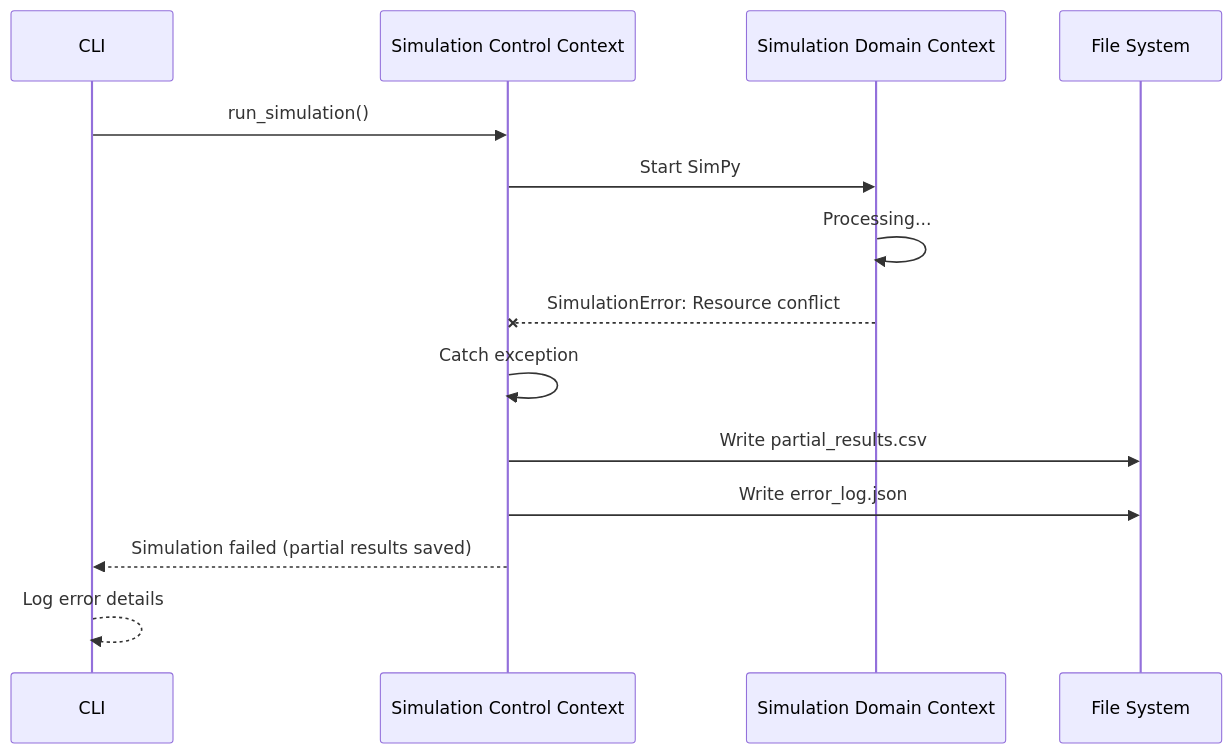
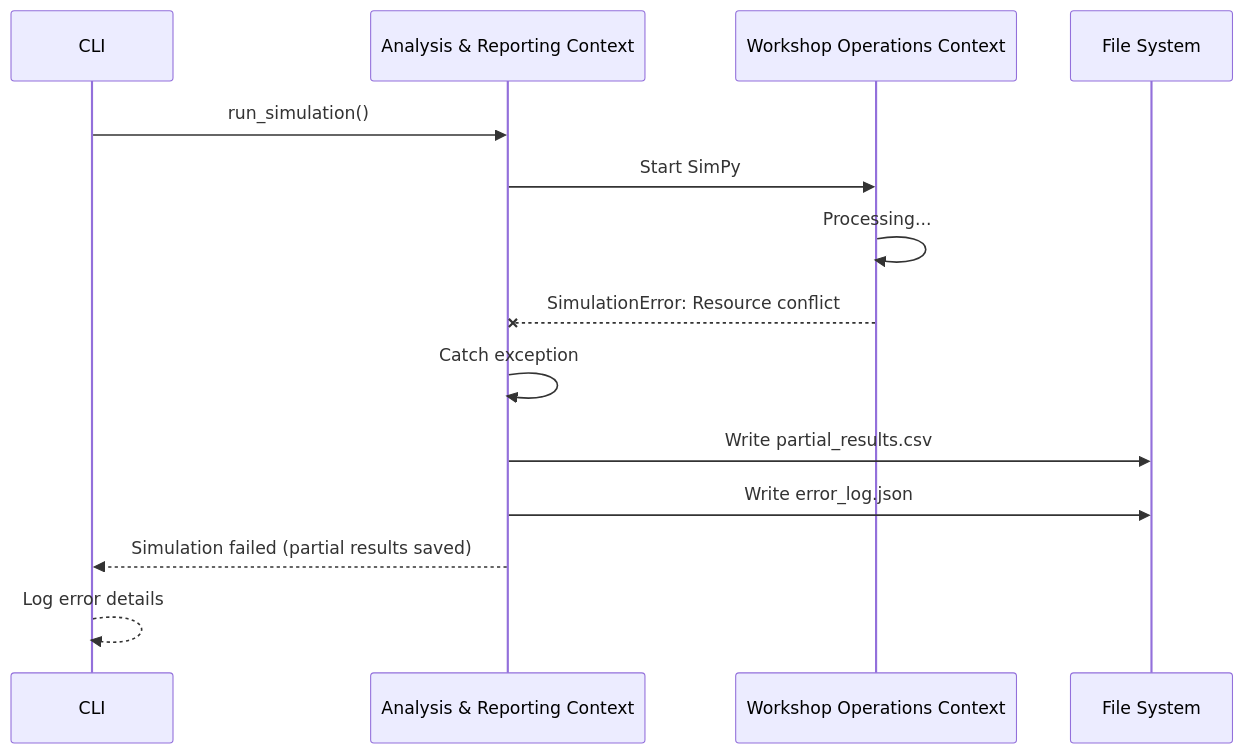
One commit to OpenRailAssociation/dac-migration-dss-popupsim changed the eighth of 8 diagrams in docs/mvp/architecture/06-runtime.md. Above: the diagram before and after it, drawn with Mermaid. The commit also changed other lines of this file and 13 other files, not shown here.

````diff
--- a/docs/mvp/architecture/06-runtime.md
+++ b/docs/mvp/architecture/06-runtime.md
@@ -431,17 +431,17 @@
 ```mermaid
 sequenceDiagram
     participant CLI
-    participant Control as Simulation Control Context
-    participant Domain as Simulation Domain Context
+    participant Control as Analysis & Reporting Context
+    participant Domain as Workshop Operations Context
     participant Files as File System
 
     CLI->>Control: run_simulation()
     Control->>Domain: Start SimPy
     Domain->>Domain: Processing...
     Domain--xControl: SimulationError: Resource conflict
     Control->>Control: Catch exception
     Control->>Files: Write partial_results.csv
     Control->>Files: Write error_log.json
     Control-->>CLI: Simulation failed (partial results saved)
     CLI-->>CLI: Log error details
 ```
````
